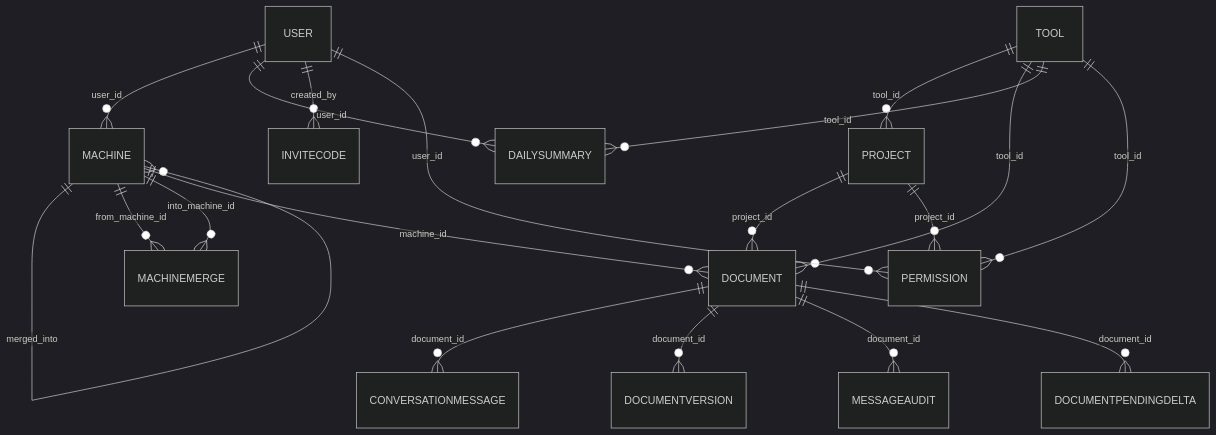
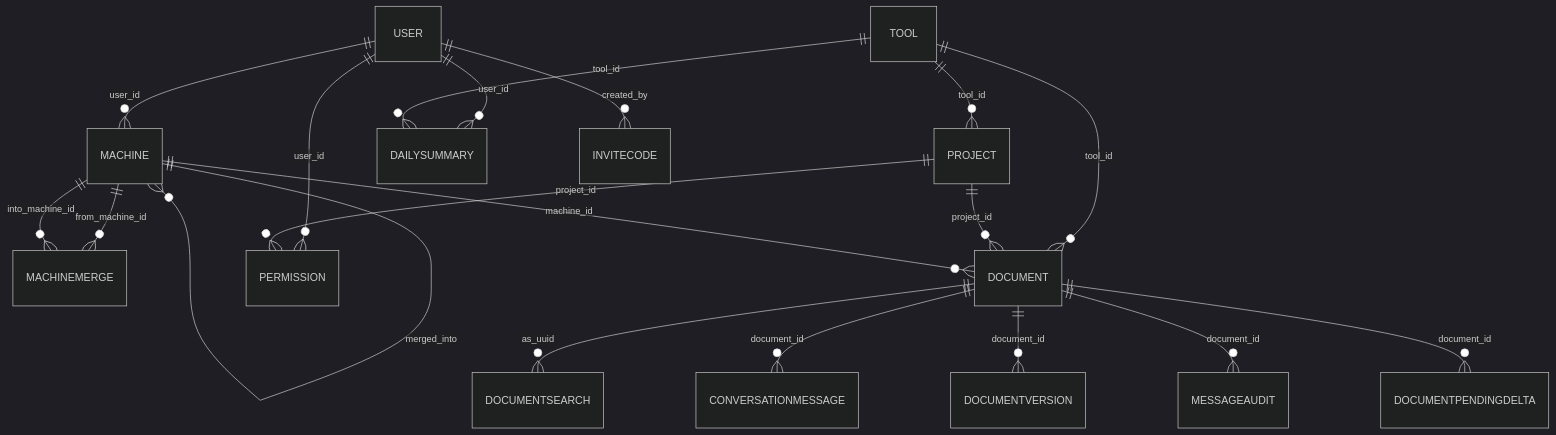
The second of 2 diagrams in PROJECT_BLUEPRINT.md (ddong8/memento), drawn with Mermaid (dark theme) before and after one commit. The commit also changed other lines of this file and 18 other files, not shown here.

````diff
--- a/PROJECT_BLUEPRINT.md
+++ b/PROJECT_BLUEPRINT.md
@@ -361,21 +361,21 @@
 ```mermaid
 erDiagram
     USER ||--o{ MACHINE : "user_id"
     MACHINE ||--o{ MACHINE : "merged_into"
     MACHINE ||--o{ MACHINEMERGE : "from_machine_id"
     MACHINE ||--o{ MACHINEMERGE : "into_machine_id"
     TOOL ||--o{ PROJECT : "tool_id"
     TOOL ||--o{ DOCUMENT : "tool_id"
     PROJECT ||--o{ DOCUMENT : "project_id"
     MACHINE ||--o{ DOCUMENT : "machine_id"
+    DOCUMENT ||--o{ DOCUMENTSEARCH : "as_uuid"
     DOCUMENT ||--o{ CONVERSATIONMESSAGE : "document_id"
     USER ||--o{ DAILYSUMMARY : "user_id"
     TOOL ||--o{ DAILYSUMMARY : "tool_id"
     DOCUMENT ||--o{ DOCUMENTVERSION : "document_id"
     DOCUMENT ||--o{ MESSAGEAUDIT : "document_id"
     DOCUMENT ||--o{ DOCUMENTPENDINGDELTA : "document_id"
     USER ||--o{ INVITECODE : "created_by"
     USER ||--o{ PERMISSION : "user_id"
     PROJECT ||--o{ PERMISSION : "project_id"
-    TOOL ||--o{ PERMISSION : "tool_id"
 ```
````
